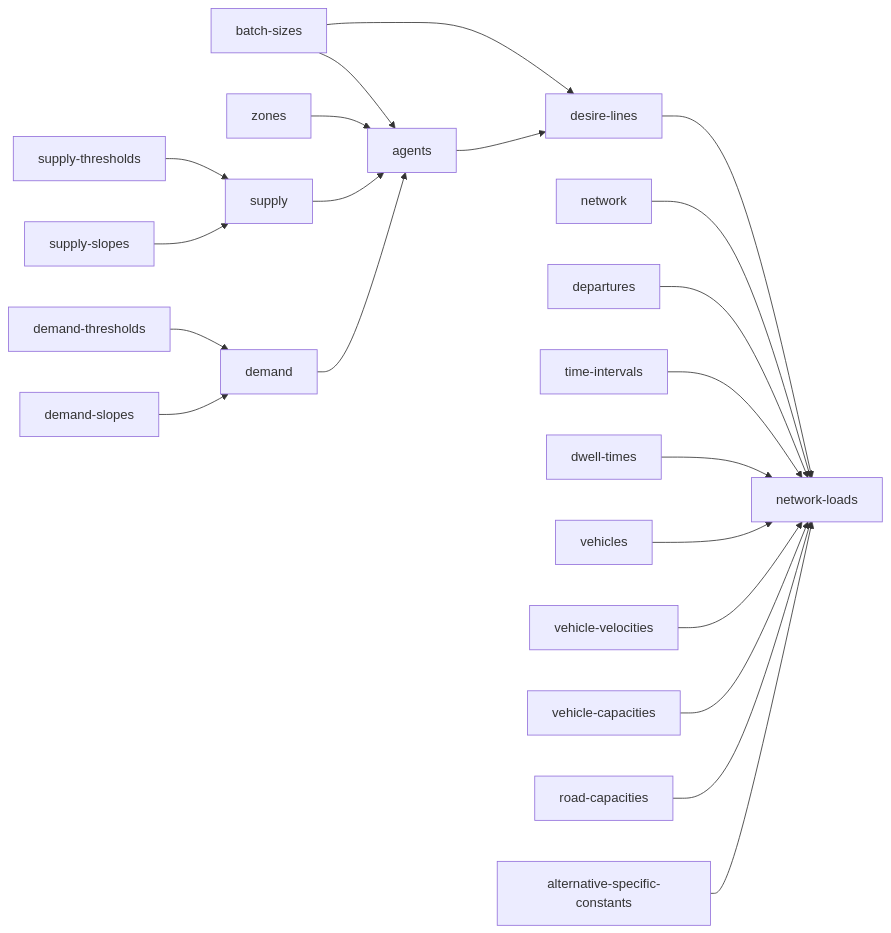
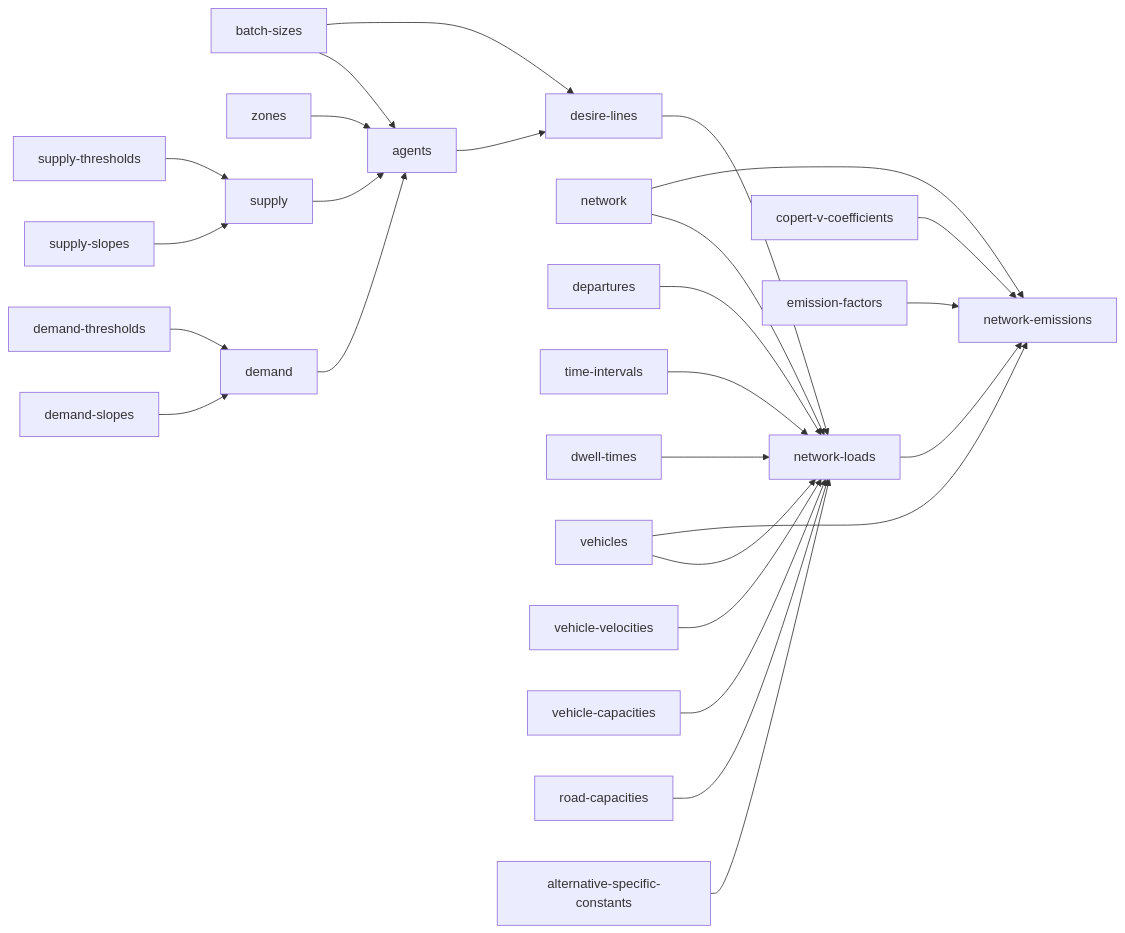
One commit to hcubasd/urban-dollop changed the diagram in README.md. Above: the diagram before and after it, drawn with Mermaid. The commit also changed 4 other files, not shown here.

First line of the commit message:
Add network-emissions module and complete README diagram

````diff
--- a/README.md
+++ b/README.md
@@ -3,23 +3,28 @@
 ```mermaid
 flowchart LR
     batch_sizes[batch-sizes] --> agents
     zones[zones] --> agents
     demand_slopes[demand-slopes] --> demand[demand]
     demand_thresholds[demand-thresholds] --> demand
     supply_slopes[supply-slopes] --> supply[supply]
     supply_thresholds[supply-thresholds] --> supply
     demand --> agents[agents]
     supply --> agents
     agents --> desire_lines[desire-lines]
     batch_sizes --> desire_lines
     desire_lines --> network_loads
     network[network] --> network_loads[network-loads]
     departures[departures] --> network_loads
     time_intervals[time-intervals] --> network_loads
     dwell_times[dwell-times] --> network_loads
     vehicles[vehicles] --> network_loads
     vehicle_velocities[vehicle-velocities] --> network_loads
     vehicle_capacities[vehicle-capacities] --> network_loads
     road_capacities[road-capacities] --> network_loads
     alternative_specific_constants[alternative-specific-constants] --> network_loads
+    network_loads[network-loads] --> network_emissions[network-emissions]
+    network --> network_emissions
+    vehicles --> network_emissions
+    copert_v_coefficients[copert-v-coefficients] --> network_emissions
+    emission_factors[emission-factors] --> network_emissions
 ```
````
